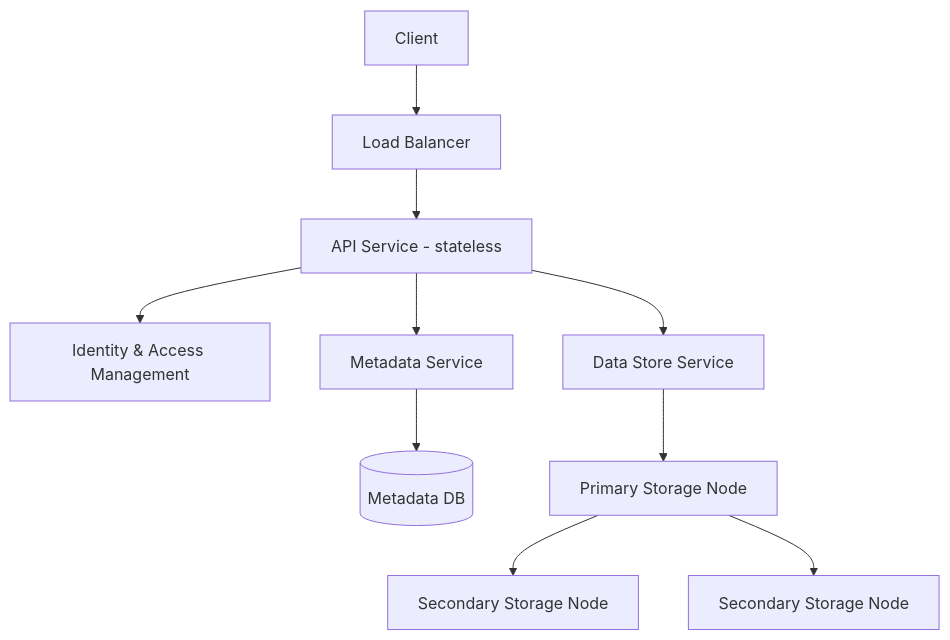
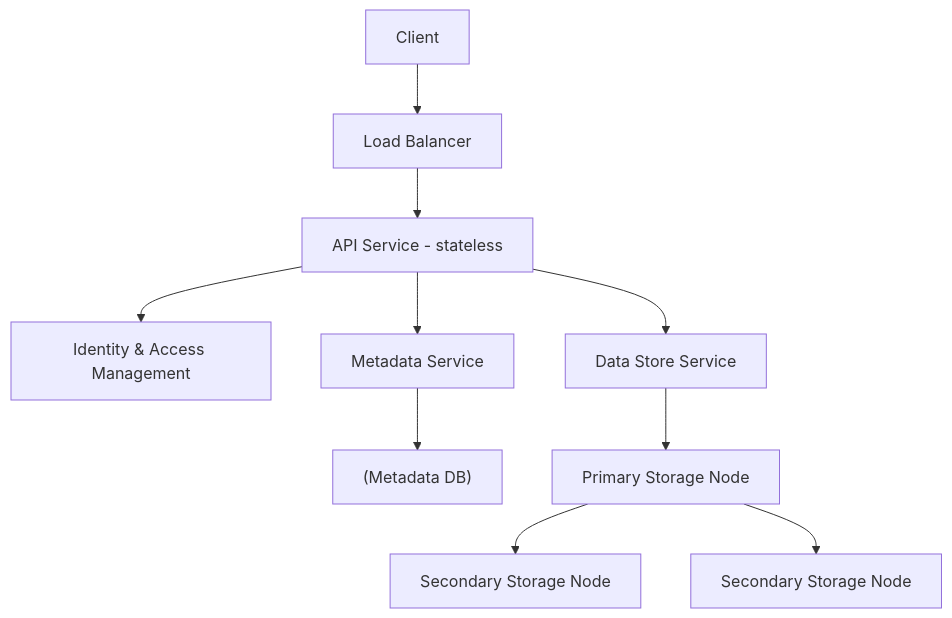
The first of 3 diagrams in files/Book-System-Design-Vol-2/09-object-storage-s3.md (pankajThakur1874/studysheet), drawn with Mermaid before and after one commit. The commit also changed 102 other files, not shown here.

Commit message:
Auto-fix Mermaid diagram syntax across all study guides to prevent Syntax Error in Mermaid v10

````diff
--- a/files/Book-System-Design-Vol-2/09-object-storage-s3.md
+++ b/files/Book-System-Design-Vol-2/09-object-storage-s3.md
@@ -48,11 +48,11 @@
 ```mermaid
 flowchart TD
     C[Client] --> LB[Load Balancer]
     LB --> API[API Service - stateless]
-    API --> IAM[Identity & Access Management]
-    API --> MS[Metadata Service] --> MDB[(Metadata DB)]
+    API --> IAM["Identity & Access Management"]
+    API --> MS[Metadata Service] --> MDB["(Metadata DB)"]
     API --> DS[Data Store Service]
     DS --> P[Primary Storage Node]
     P --> S1[Secondary Storage Node]
     P --> S2[Secondary Storage Node]
 ```
````
